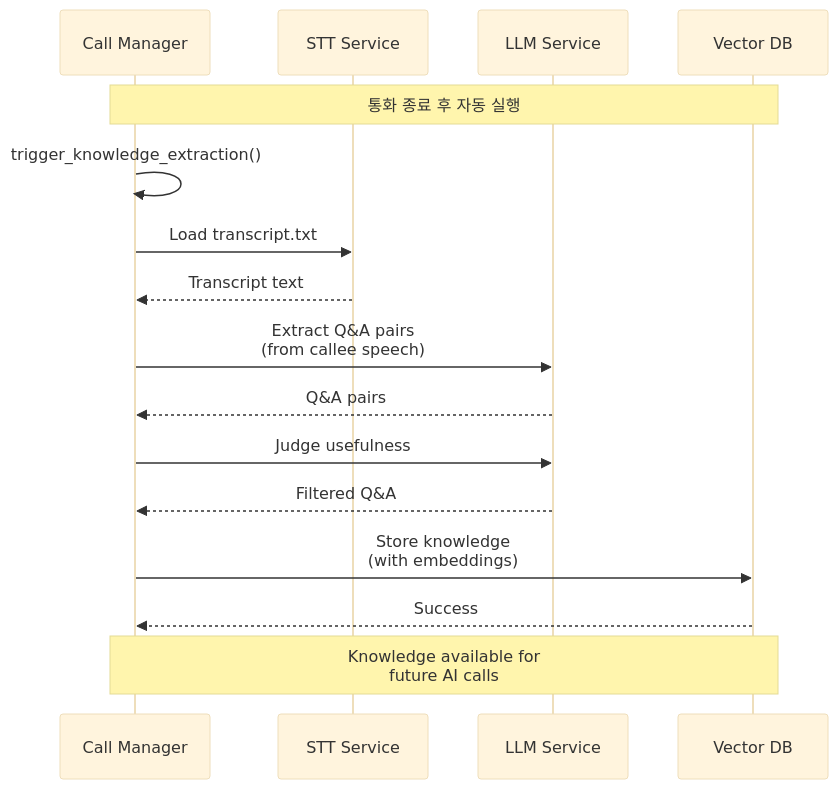
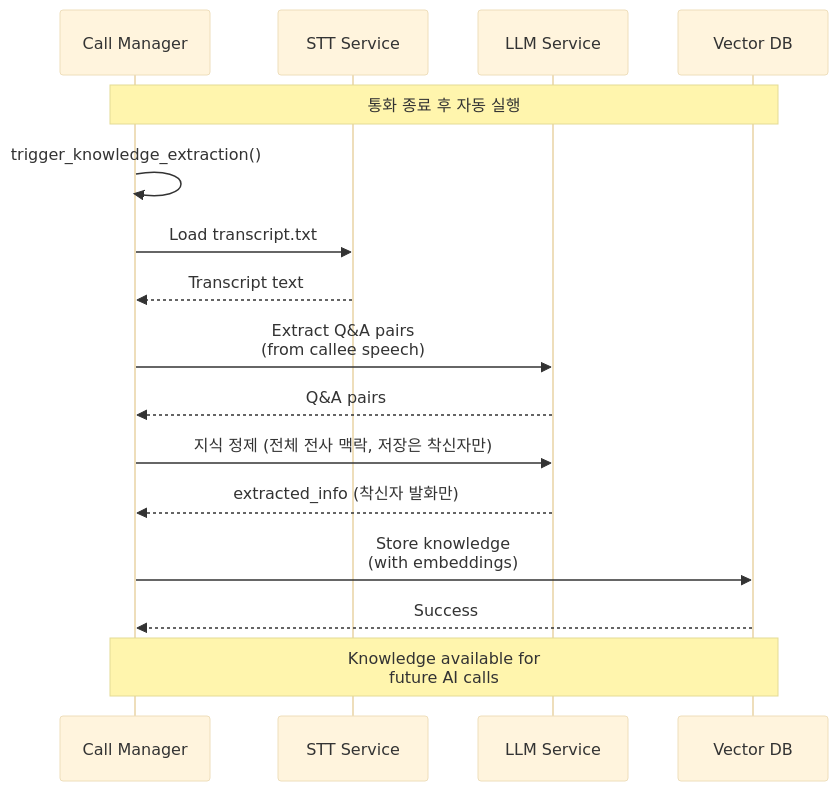
Before and after one commit to hak023/sip_pbx: the sixth of 11 diagrams in docs/architecture/ai-voicebot-architecture.md, drawn with Mermaid (base theme). The commit also changed other lines of this file and 420 other files, not shown here.

````diff
--- a/docs/architecture/ai-voicebot-architecture.md
+++ b/docs/architecture/ai-voicebot-architecture.md
@@ -1201,24 +1218,24 @@
 ```mermaid
 sequenceDiagram
     participant CallManager as Call Manager
     participant STT as STT Service
     participant LLM as LLM Service
     participant VectorDB as Vector DB
     
     Note over CallManager,VectorDB: 통화 종료 후 자동 실행
     
     CallManager->>CallManager: trigger_knowledge_extraction()
     CallManager->>STT: Load transcript.txt
     STT-->>CallManager: Transcript text
     
     CallManager->>LLM: Extract Q&A pairs<br/>(from callee speech)
     LLM-->>CallManager: Q&A pairs
     
-    CallManager->>LLM: Judge usefulness
-    LLM-->>CallManager: Filtered Q&A
+    CallManager->>LLM: 지식 정제 (전체 전사 맥락, 저장은 착신자만)
+    LLM-->>CallManager: extracted_info (착신자 발화만)
     
     CallManager->>VectorDB: Store knowledge<br/>(with embeddings)
     VectorDB-->>CallManager: Success
     
     Note over CallManager,VectorDB: Knowledge available for<br/>future AI calls
 ```
````
